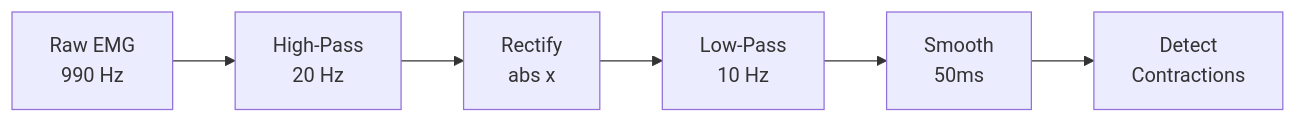
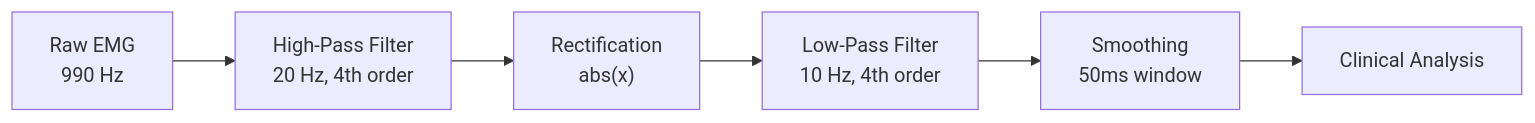
Before and after one commit to ggustin93/emg-c3d-analyzer: the diagram in docusaurus/docs/signal-processing/overview.md, drawn with Mermaid. The commit also changed other lines of this file and 6 other files, not shown here.

````diff
--- a/docusaurus/docs/signal-processing/overview.md
+++ b/docusaurus/docs/signal-processing/overview.md
@@ -14,8 +18,8 @@
 ```mermaid
 graph LR
-    A[Raw EMG<br/>990 Hz] --> B[High-Pass<br/>20 Hz]
-    B --> C[Rectify<br/>abs x]
-    C --> D[Low-Pass<br/>10 Hz]
-    D --> E[Smooth<br/>50ms]
-    E --> F[Detect<br/>Contractions]
+    A["Raw EMG<br/>990 Hz"] --> B["High-Pass Filter<br/>20 Hz, 4th order"]
+    B --> C["Rectification<br/>abs(x)"]
+    C --> D["Low-Pass Filter<br/>10 Hz, 4th order"]
+    D --> E["Smoothing<br/>50ms window"]
+    E --> F["Clinical Analysis"]
 ```
````
